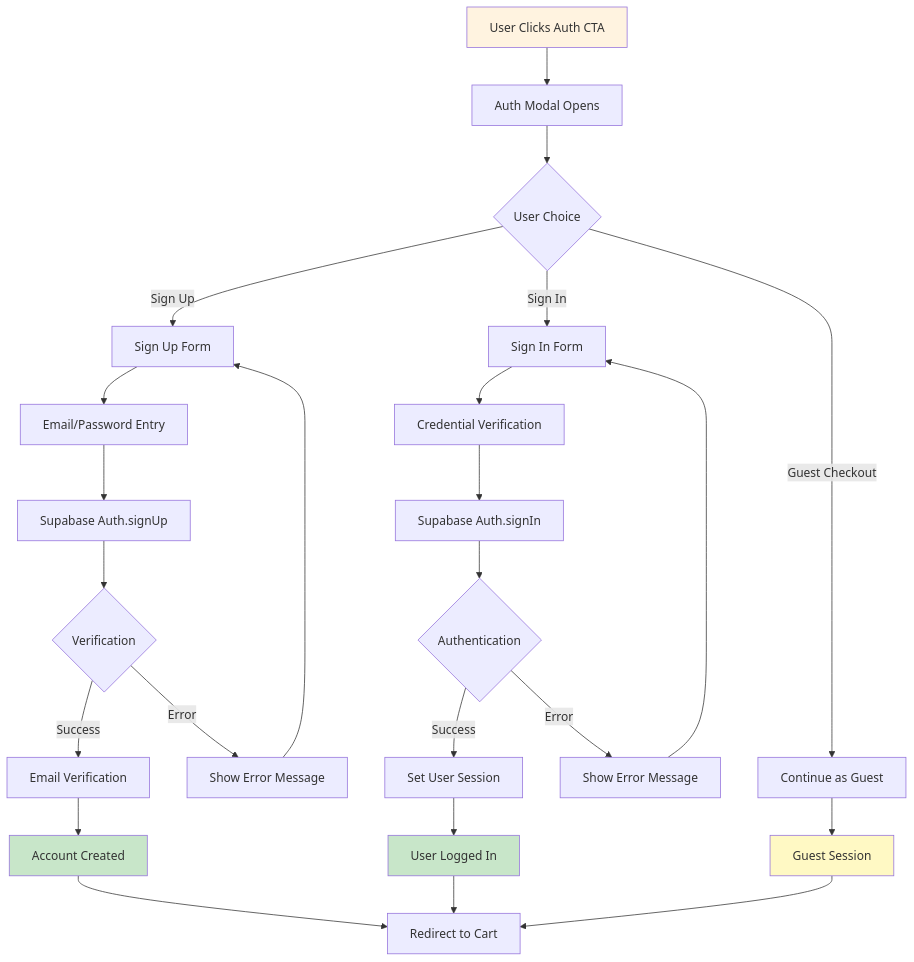
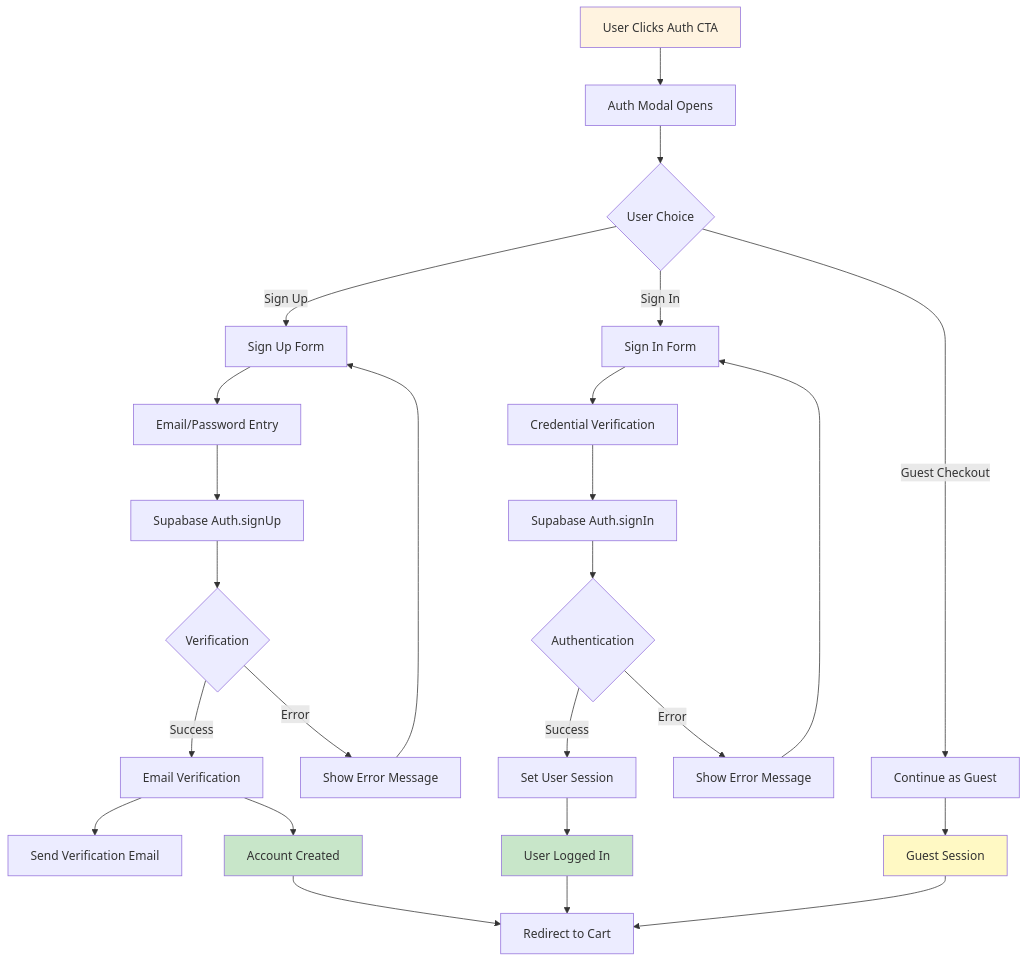
Before and after one commit to vmidhun/kapiree-pricing-plans: the second of 12 diagrams in FLOW_DIAGRAMS.md, drawn with Mermaid. The commit also changed other lines of this file and 32 other files, not shown here.

````diff
--- a/FLOW_DIAGRAMS.md
+++ b/FLOW_DIAGRAMS.md
@@ -53,40 +55,41 @@
 ```mermaid
 graph TD
     A[User Clicks Auth CTA] --> B[Auth Modal Opens]
     B --> C{User Choice}
     
     C -->|Sign Up| D[Sign Up Form]
     C -->|Sign In| E[Sign In Form]
     C -->|Guest Checkout| F[Continue as Guest]
     
     D --> G[Email/Password Entry]
     E --> H[Credential Verification]
     
     G --> I[Supabase Auth.signUp]
     H --> J[Supabase Auth.signIn]
     
     I --> K{Verification}
     J --> L{Authentication}
     
     K -->|Success| M[Email Verification]
+    M --> M1[Send Verification Email]
     K -->|Error| N[Show Error Message]
     
     L -->|Success| O[Set User Session]
     L -->|Error| P[Show Error Message]
     
     M --> Q[Account Created]
     O --> R[User Logged In]
     F --> S[Guest Session]
     
     Q --> T[Redirect to Cart]
     R --> T
     S --> T
     
     N --> D
     P --> E
     
     style A fill:#fff3e0
     style Q fill:#c8e6c9
     style R fill:#c8e6c9
     style S fill:#fff9c4
 ```
````
